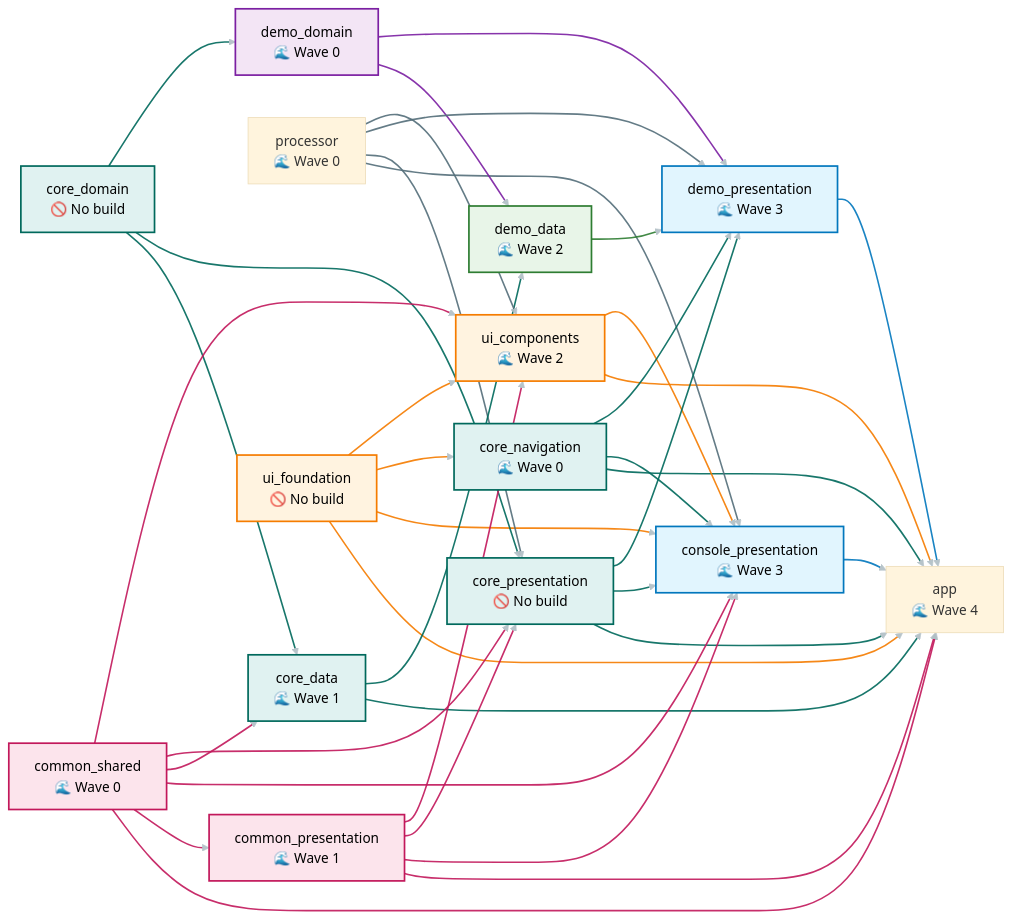
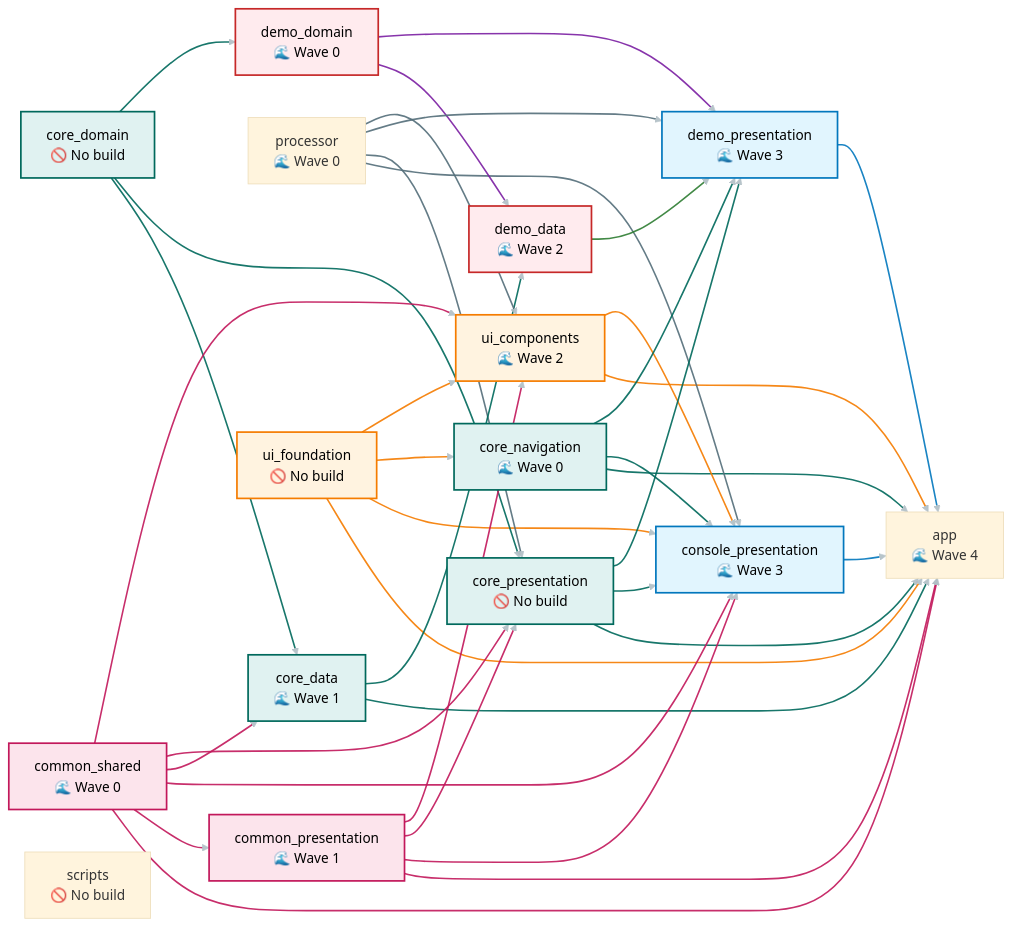
The diagram in flutter/build_graph.md (hhumbetovv/fullstack-template), drawn with Mermaid (base theme) before and after one commit. The commit also changed other lines of this file and 13 other files, not shown here.

````diff
--- a/flutter/build_graph.md
+++ b/flutter/build_graph.md
@@ -13,6 +13,7 @@
     demo_domain["demo_domain
 🌊 Wave 0"]
     demo_domain:::domain
+    class demo_domain unused;
     processor["processor
 🌊 Wave 0"]
     common_presentation["common_presentation
@@ -24,6 +25,7 @@
     demo_data["demo_data
 🌊 Wave 2"]
     demo_data:::data
+    class demo_data unused;
     ui_components["ui_components
 🌊 Wave 2"]
     ui_components:::ui
@@ -41,6 +43,8 @@
     core_presentation["core_presentation
 🚫 No build"]
     core_presentation:::core
+    scripts["scripts
+🚫 No build"]
     ui_foundation["ui_foundation
 🚫 No build"]
     ui_foundation:::ui
@@ -127,4 +131,5 @@
     classDef ui fill:#fff3e0,stroke:#f57c00,stroke-width:2px,color:#000000
     classDef common fill:#fce4ec,stroke:#c2185b,stroke-width:2px,color:#000000
     classDef core fill:#e0f2f1,stroke:#00695c,stroke-width:2px,color:#000000
+    classDef unused fill:#ffebee,stroke:#c62828,stroke-width:2px,color:#000000
 ```
````
